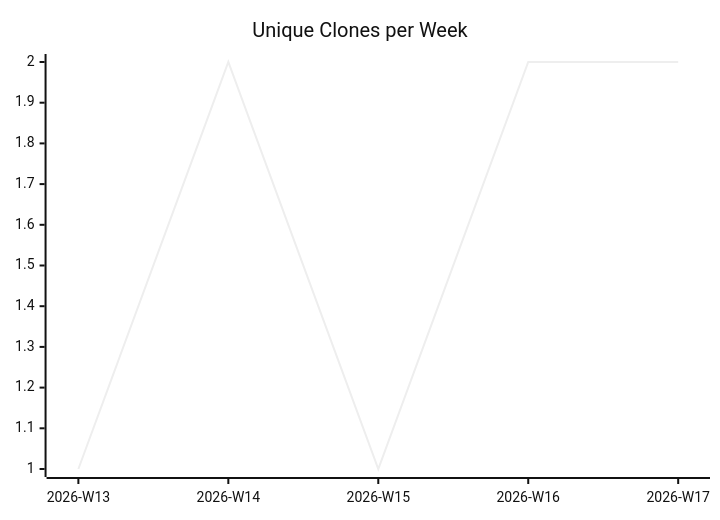
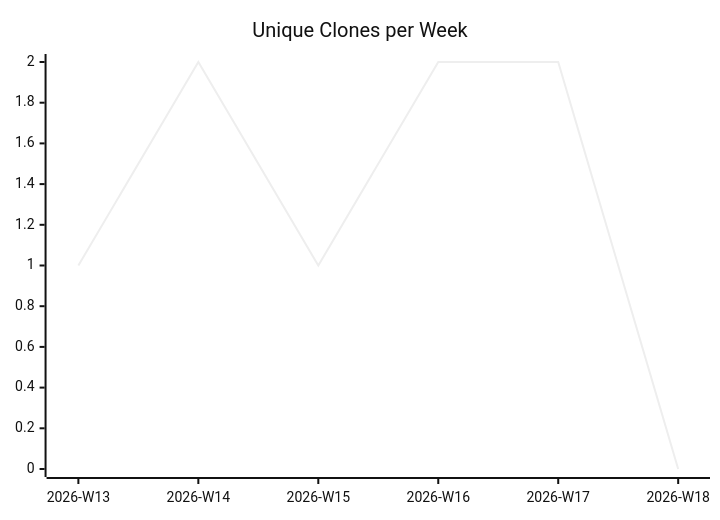
Before and after one commit to justdavis-family/github-analytics-data: the third of 3 diagrams in karlmdavis/sample-maven-and-rcp/README.md, drawn with Mermaid (neutral theme). The commit also changed other lines of this file and 184 other files, not shown here.

````diff
--- a/karlmdavis/sample-maven-and-rcp/README.md
+++ b/karlmdavis/sample-maven-and-rcp/README.md
@@ -19,6 +19,6 @@
 ```mermaid
 xychart-beta
   title "Unique Clones per Week"
-  x-axis ["2026-W13", "2026-W14", "2026-W15", "2026-W16", "2026-W17"]
-  line [1, 2, 1, 2, 2]
+  x-axis ["2026-W13", "2026-W14", "2026-W15", "2026-W16", "2026-W17", "2026-W18"]
+  line [1, 2, 1, 2, 2, 0]
 ```
````
